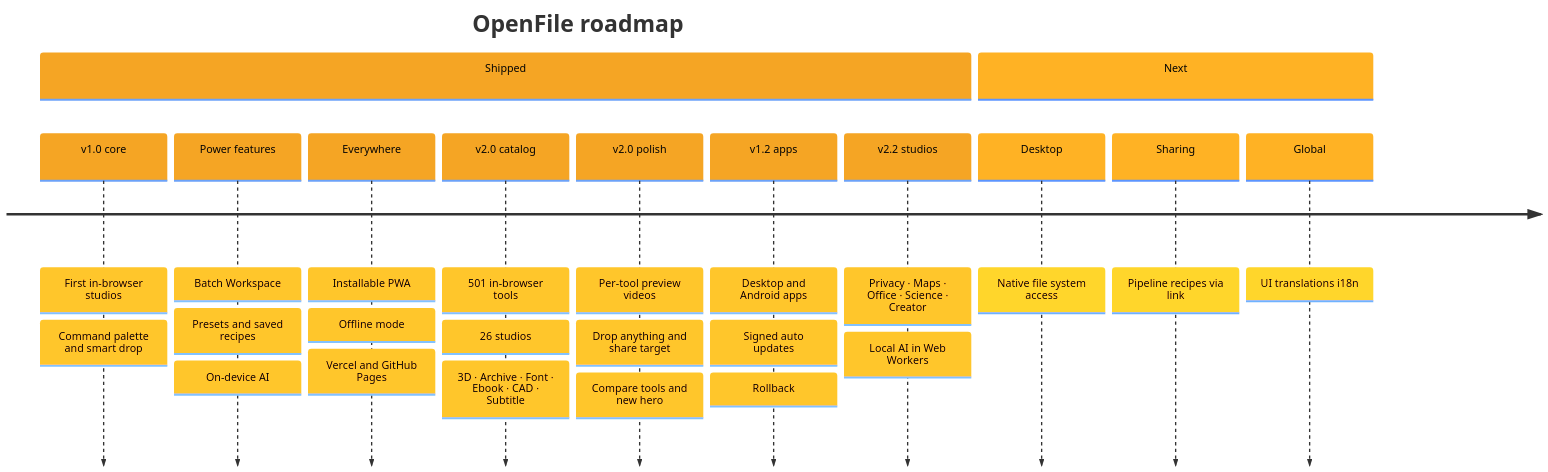
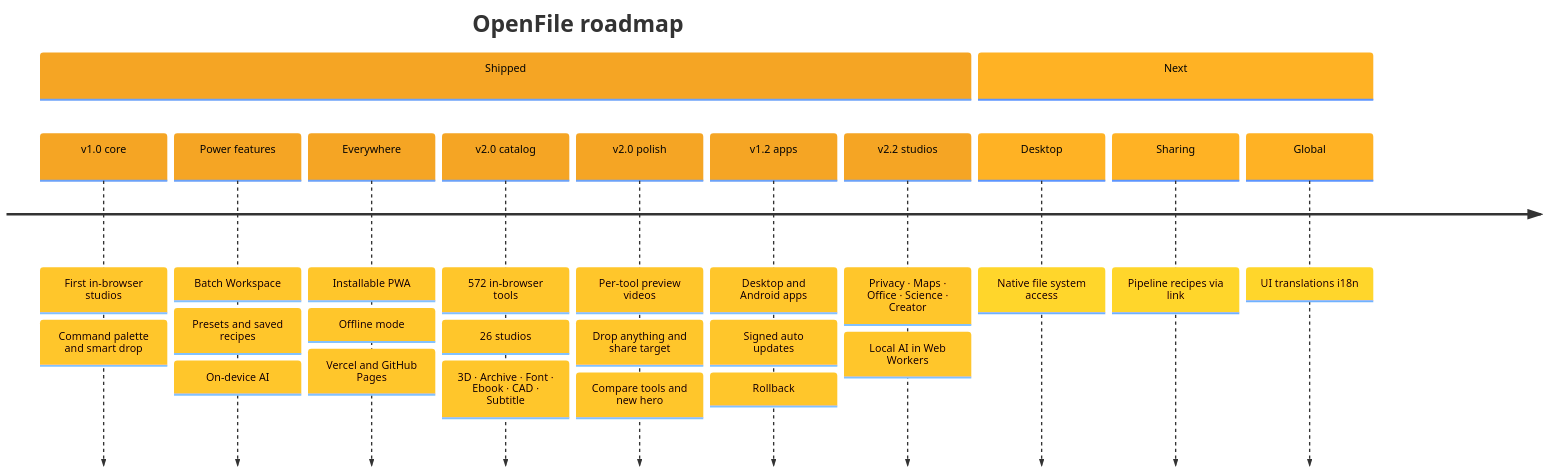
Before and after one commit to aniruddhaadak80/OpenFile: the eighth of 8 diagrams in README.md, drawn with Mermaid. The commit also changed other lines of this file and 318 other files, not shown here.

First line of the commit message:
feat: 71 new tools in the original studios, 3 posts with films and read aloud (v2.5.0)

````diff
--- a/README.md
+++ b/README.md
@@ -1798,17 +1877,17 @@
 ```mermaid
 %%{init: {'theme':'base','themeVariables':{'fontFamily':'system-ui, sans-serif','cScale0':'#F5A524','cScaleLabel0':'#050505','cScale1':'#FFB224','cScaleLabel1':'#050505','cScale2':'#14B8A6','cScaleLabel2':'#050505','cScale3':'#22D3EE','cScaleLabel3':'#050505','cScale4':'#10B981','cScaleLabel4':'#050505','cScale5':'#38BDF8','cScaleLabel5':'#050505','cScale6':'#FCD34D','cScaleLabel6':'#050505','cScale7':'#5EEAD4','cScaleLabel7':'#050505'}}}%%
 timeline
     title OpenFile roadmap
     section Shipped
         v1.0 core : First in-browser studios : Command palette and smart drop
         Power features : Batch Workspace : Presets and saved recipes : On-device AI
         Everywhere : Installable PWA : Offline mode : Vercel and GitHub Pages
-        v2.0 catalog : 501 in-browser tools : 26 studios : 3D · Archive · Font · Ebook · CAD · Subtitle
+        v2.0 catalog : 572 in-browser tools : 26 studios : 3D · Archive · Font · Ebook · CAD · Subtitle
         v2.0 polish : Per-tool preview videos : Drop anything and share target : Compare tools and new hero
         v1.2 apps : Desktop and Android apps : Signed auto updates : Rollback
         v2.2 studios : Privacy · Maps · Office · Science · Creator : Local AI in Web Workers
     section Next
         Desktop : Native file system access
         Sharing : Pipeline recipes via link
         Global : UI translations i18n
 ```
````
